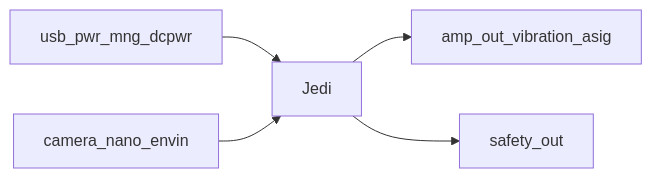
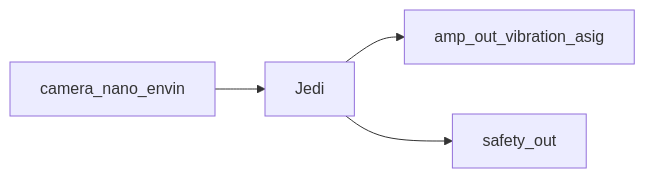
Before and after one commit to Jedi-Vision/ECE44x: the first of 16 diagrams in blocks.md, drawn with Mermaid. The commit also changed other lines of this file and 2 other files, not shown here.

Commit message:
Remove power management from system diagrams

````diff
--- a/blocks.md
+++ b/blocks.md
@@ -4,9 +4,8 @@
 ```mermaid
 graph LR
      %% System input and outputs
-    usb_pwr_mng_dcpwr --> Jedi
     camera_nano_envin --> Jedi
     %%usr_in --> Jedi
     Jedi --> amp_out_vibration_asig
     Jedi --> safety_out
 ```
````
